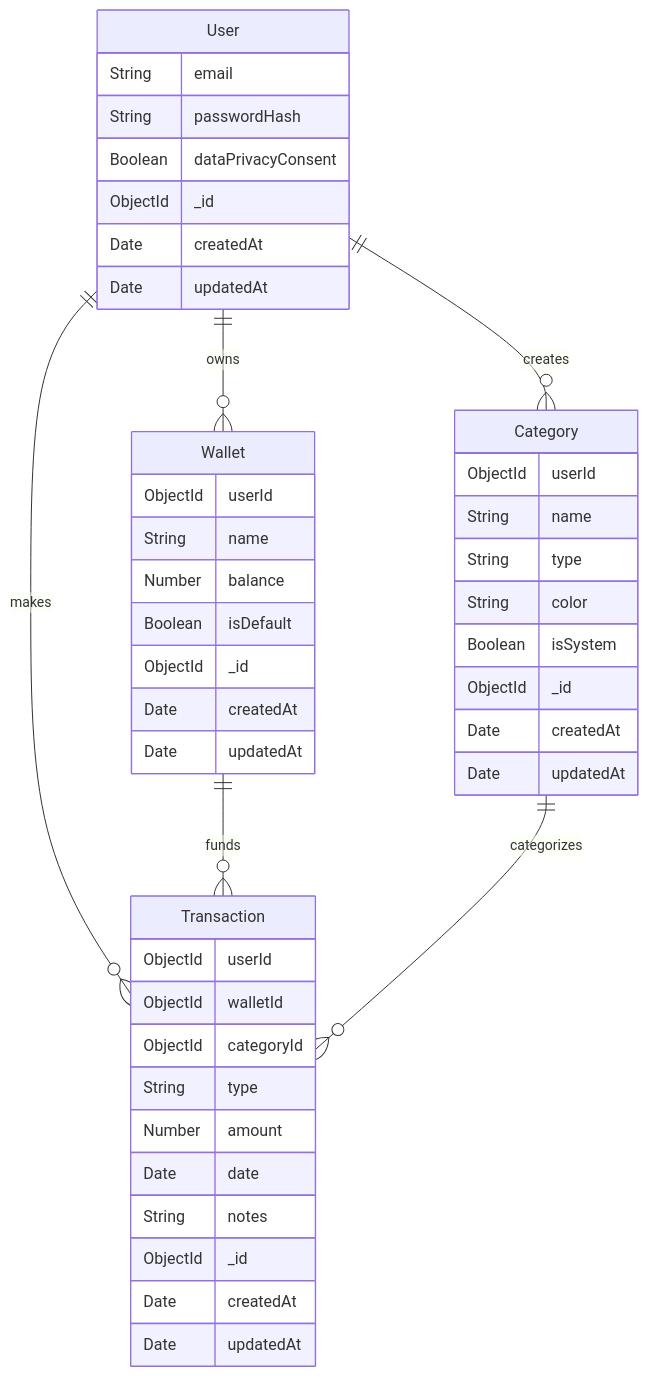
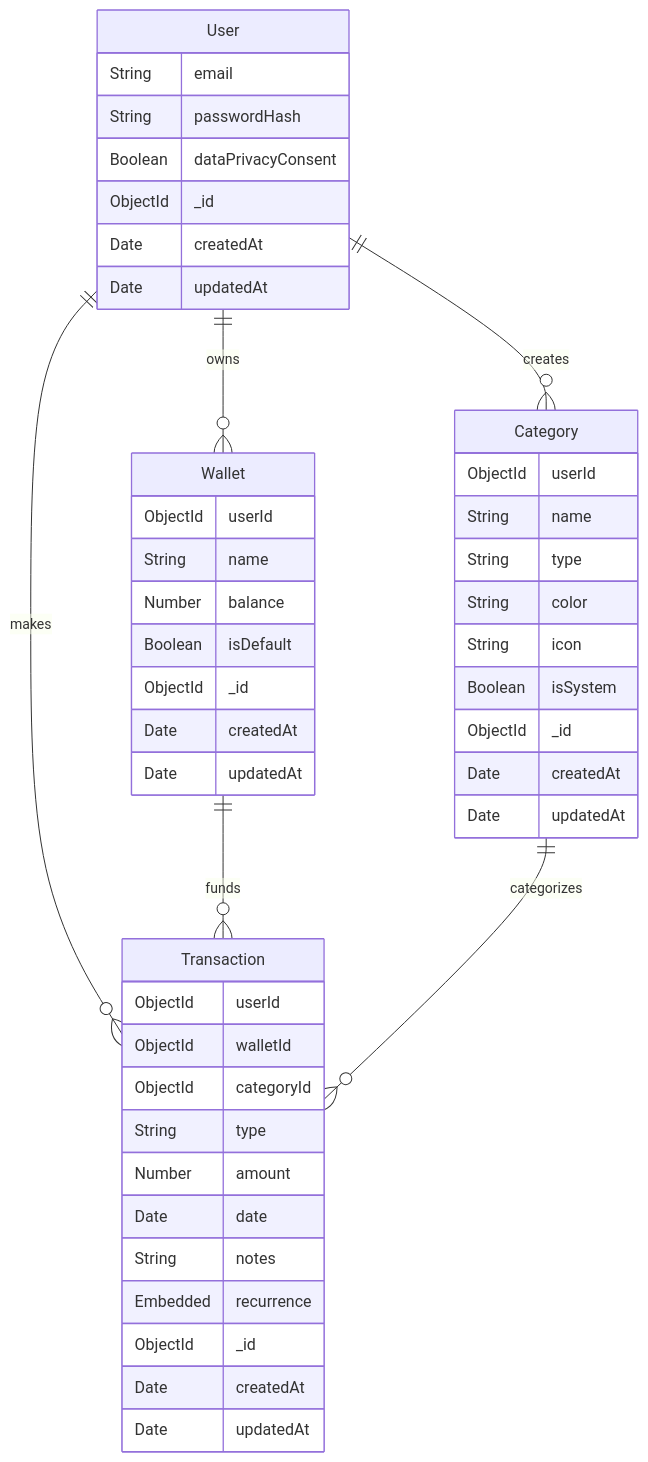
The diagram in docs/ERD.md (ComBiao/FinLover), drawn with Mermaid before and after one commit. The commit also changed 6 other files, not shown here.

````diff
--- a/docs/ERD.md
+++ b/docs/ERD.md
@@ -3,52 +3,54 @@
 ```mermaid
 erDiagram
   User ||--o{ Wallet : "owns"
   User ||--o{ Category : "creates"
   User ||--o{ Transaction : "makes"
   Wallet ||--o{ Transaction : "funds"
   Category ||--o{ Transaction : "categorizes"
 
   User {
     String email
     String passwordHash
     Boolean dataPrivacyConsent
     ObjectId _id
     Date createdAt
     Date updatedAt
   }
 
   Wallet {
     ObjectId userId
     String name
     Number balance
     Boolean isDefault
     ObjectId _id
     Date createdAt
     Date updatedAt
   }
 
   Category {
     ObjectId userId
     String name
     String type
     String color
+    String icon
     Boolean isSystem
     ObjectId _id
     Date createdAt
     Date updatedAt
   }
 
   Transaction {
     ObjectId userId
     ObjectId walletId
     ObjectId categoryId
     String type
     Number amount
     Date date
     String notes
+    Embedded recurrence
     ObjectId _id
     Date createdAt
     Date updatedAt
   }
 
 ```
````
